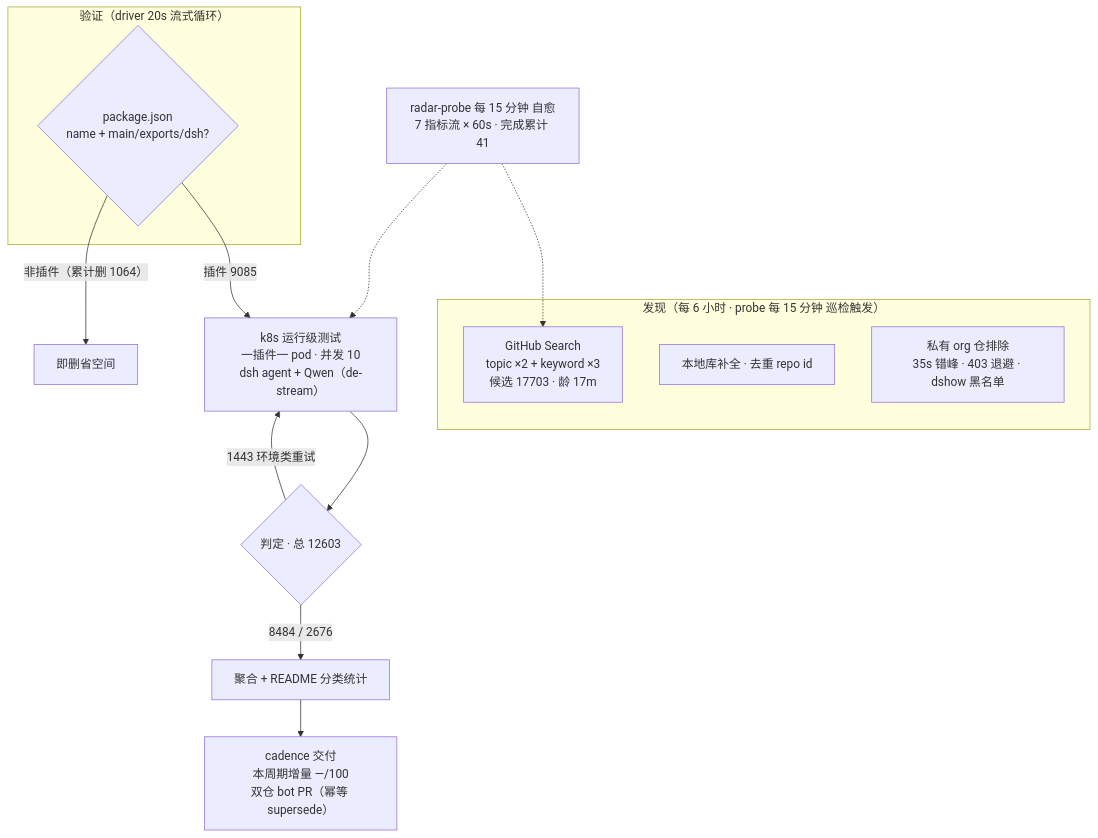
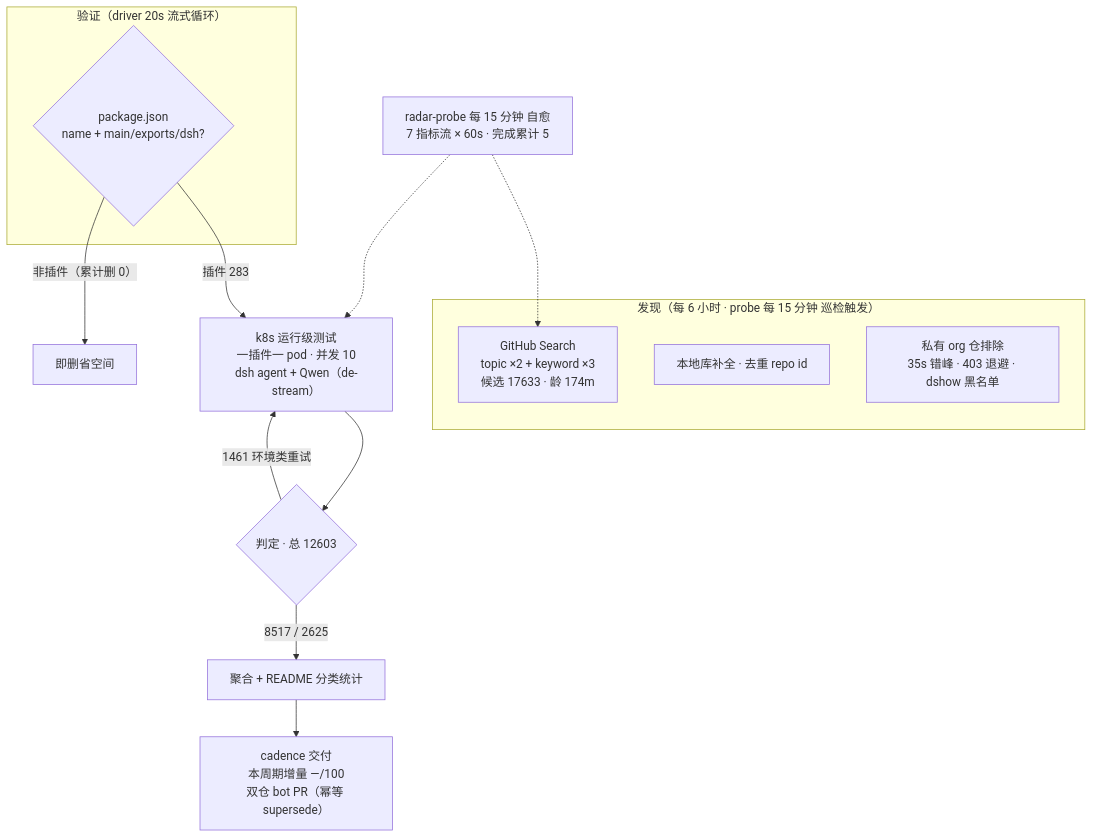
One commit to Zhidao-Lab-OSS/awesome-dsh-plugins changed the diagram in README.md. Above: the diagram before and after it, drawn with Mermaid. The commit also changed other lines of this file and 1 other file, not shown here.

````diff
--- a/README.md
+++ b/README.md
@@ -52,20 +52,20 @@
 ```mermaid
 flowchart TB
     subgraph Discovery["发现（每 6 小时 · probe 每 15 分钟 巡检触发）"]
-        A1["GitHub Search<br/>topic ×2 + keyword ×3<br/>候选 17703 · 龄 17m"]
+        A1["GitHub Search<br/>topic ×2 + keyword ×3<br/>候选 17633 · 龄 174m"]
         A2["本地库补全 · 去重 repo id"]
         A3["私有 org 仓排除<br/>35s 错峰 · 403 退避 · dshow 黑名单"]
     end
     subgraph Validation["验证（driver 20s 流式循环）"]
         B1{"package.json<br/>name + main/exports/dsh?"}
     end
-    B1 -->|"插件 9085"| C1["k8s 运行级测试<br/>一插件一 pod · 并发 10<br/>dsh agent + Qwen（de-stream）"]
-    B1 -->|"非插件（累计删 1064）"| B3["即删省空间"]
+    B1 -->|"插件 283"| C1["k8s 运行级测试<br/>一插件一 pod · 并发 10<br/>dsh agent + Qwen（de-stream）"]
+    B1 -->|"非插件（累计删 0）"| B3["即删省空间"]
     C1 --> D1{"判定 · 总 12603"}
-    D1 -->|"8484 / 2676"| E1["聚合 + README 分类统计"]
-    D1 -->|"1443 环境类重试"| C1
+    D1 -->|"8517 / 2625"| E1["聚合 + README 分类统计"]
+    D1 -->|"1461 环境类重试"| C1
     E1 --> E2["cadence 交付<br/>本周期增量 —/100<br/>双仓 bot PR（幂等 supersede）"]
-    M["radar-probe 每 15 分钟 自愈<br/>7 指标流 × 60s · 完成累计 41"]
+    M["radar-probe 每 15 分钟 自愈<br/>7 指标流 × 60s · 完成累计 5"]
     M -.-> A1
     M -.-> C1
 ```
````
